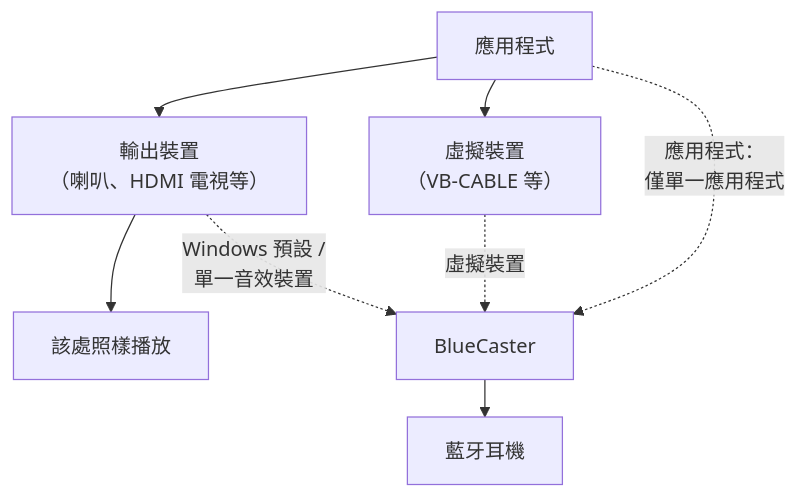
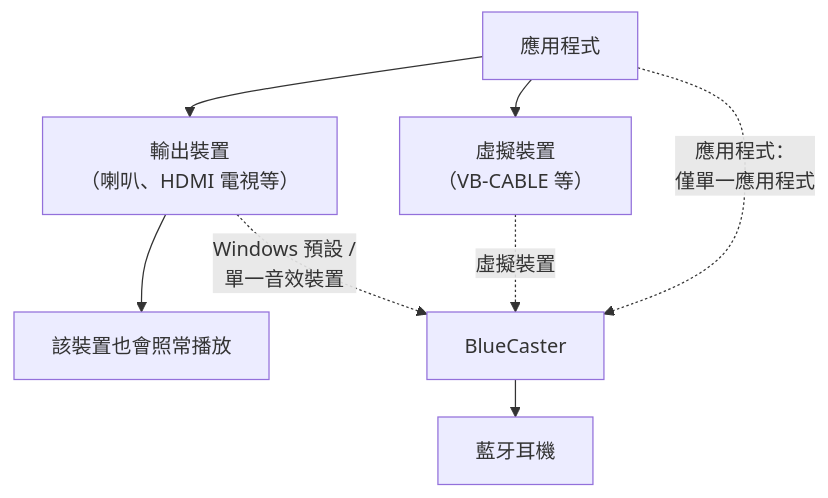
Before and after one commit to RxMaxx/A2DP-Windows-Bridge: the first of 2 diagrams in docs/zh-TW/usage.md, drawn with Mermaid. The commit also changed other lines of this file and 105 other files, not shown here.

````diff
--- a/docs/zh-TW/usage.md
+++ b/docs/zh-TW/usage.md
@@ -257,16 +264,16 @@
 ```mermaid
 ---
 config:
   flowchart:
     wrappingWidth: 480
     rankSpacing: 30
 ---
 flowchart TD
     apps["應用程式"] --> out["輸出裝置<br>（喇叭、HDMI 電視等）"]
     apps --> virt["虛擬裝置<br>（VB-CABLE 等）"]
-    out --> there["該處照樣播放"]
+    out --> there["該裝置也會照常播放"]
     out -.->|"Windows 預設 /<br>單一音效裝置"| bc["BlueCaster"]
     virt -.->|"虛擬裝置"| bc
     apps -.->|"應用程式：<br>僅單一應用程式"| bc
     bc --> hp["藍牙耳機"]
 ```
````
